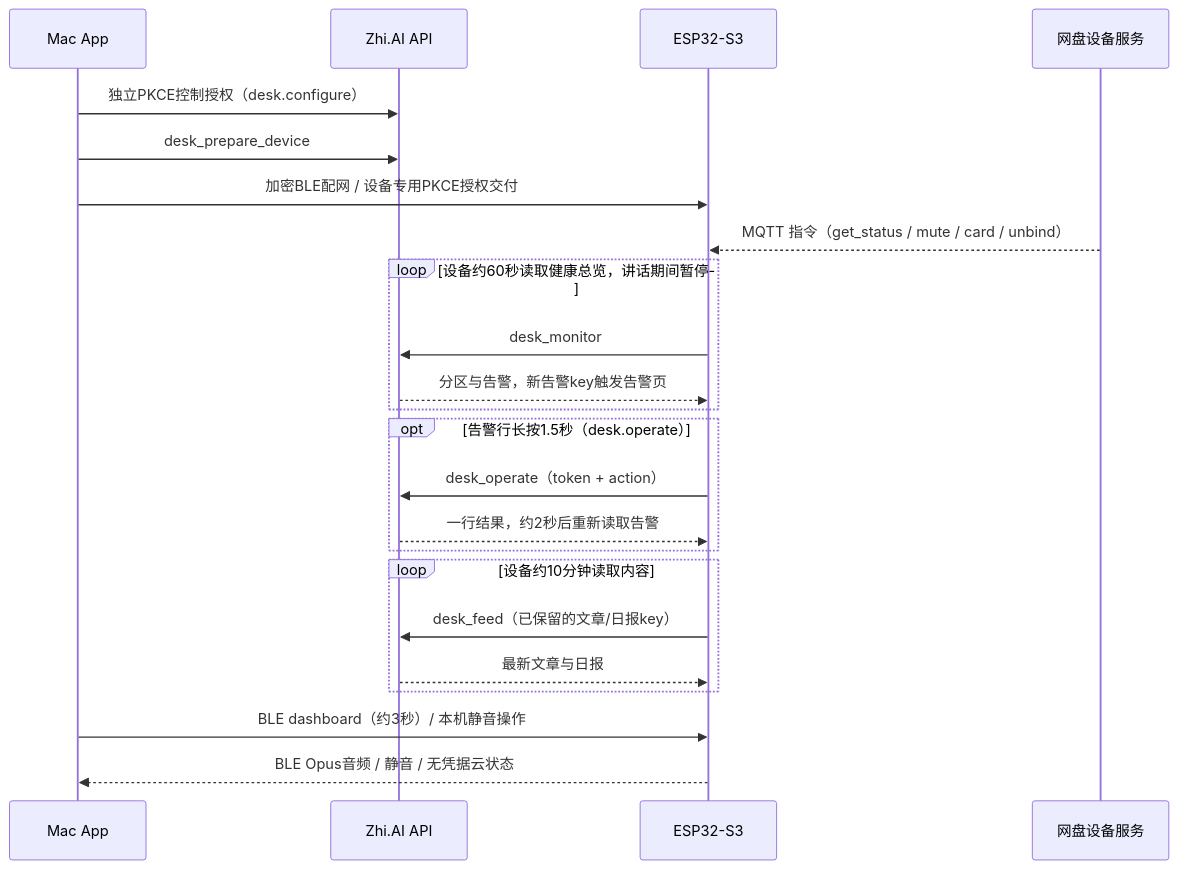
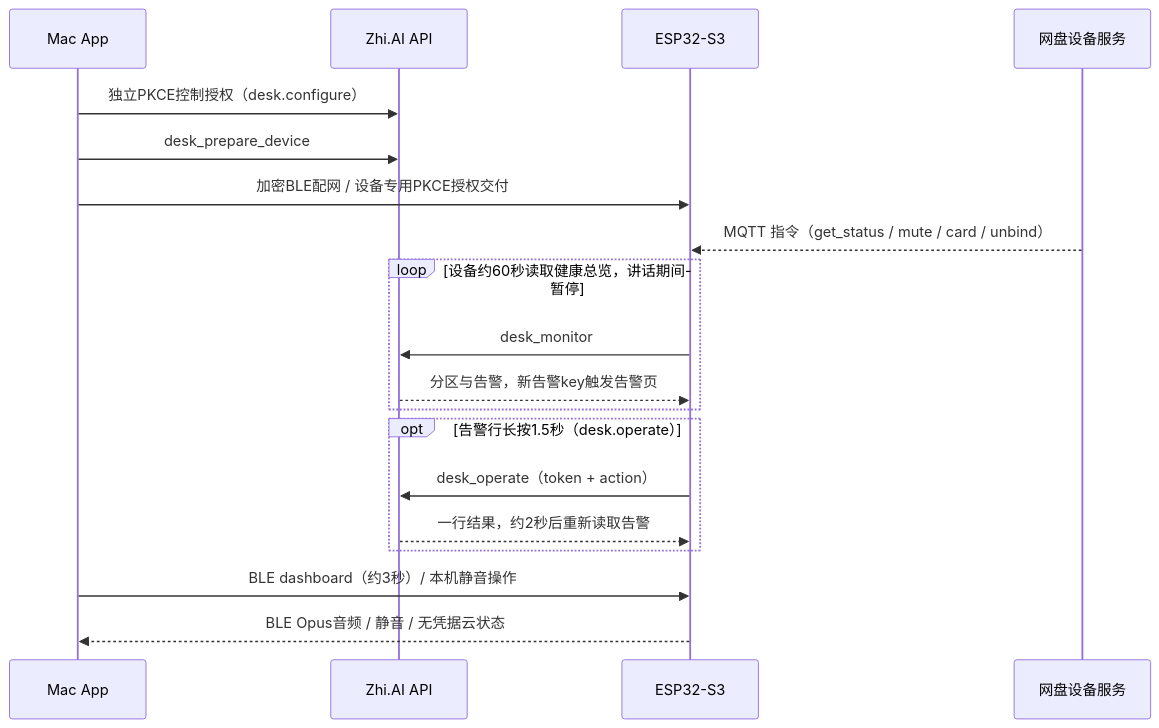
The diagram in docs/architecture.md (May-Yaha/yahamic), drawn with Mermaid before and after one commit. The commit also changed other lines of this file and 11 other files, not shown here.

````diff
--- a/docs/architecture.md
+++ b/docs/architecture.md
@@ -23,25 +23,21 @@
 ```mermaid
 sequenceDiagram
     participant Mac as Mac App
     participant API as Zhi.AI API
     participant Device as ESP32-S3
     participant DMS as 网盘设备服务
     Mac->>API: 独立PKCE控制授权（desk.configure）
     Mac->>API: desk_prepare_device
     Mac->>Device: 加密BLE配网 / 设备专用PKCE授权交付
     DMS-->>Device: MQTT 指令（get_status / mute / card / unbind）
     loop 设备约60秒读取健康总览，讲话期间暂停
         Device->>API: desk_monitor
         API-->>Device: 分区与告警，新告警key触发告警页
     end
     opt 告警行长按1.5秒（desk.operate）
         Device->>API: desk_operate（token + action）
         API-->>Device: 一行结果，约2秒后重新读取告警
     end
-    loop 设备约10分钟读取内容
-        Device->>API: desk_feed（已保留的文章/日报key）
-        API-->>Device: 最新文章与日报
-    end
     Mac->>Device: BLE dashboard（约3秒）/ 本机静音操作
     Device-->>Mac: BLE Opus音频 / 静音 / 无凭据云状态
 ```
````
